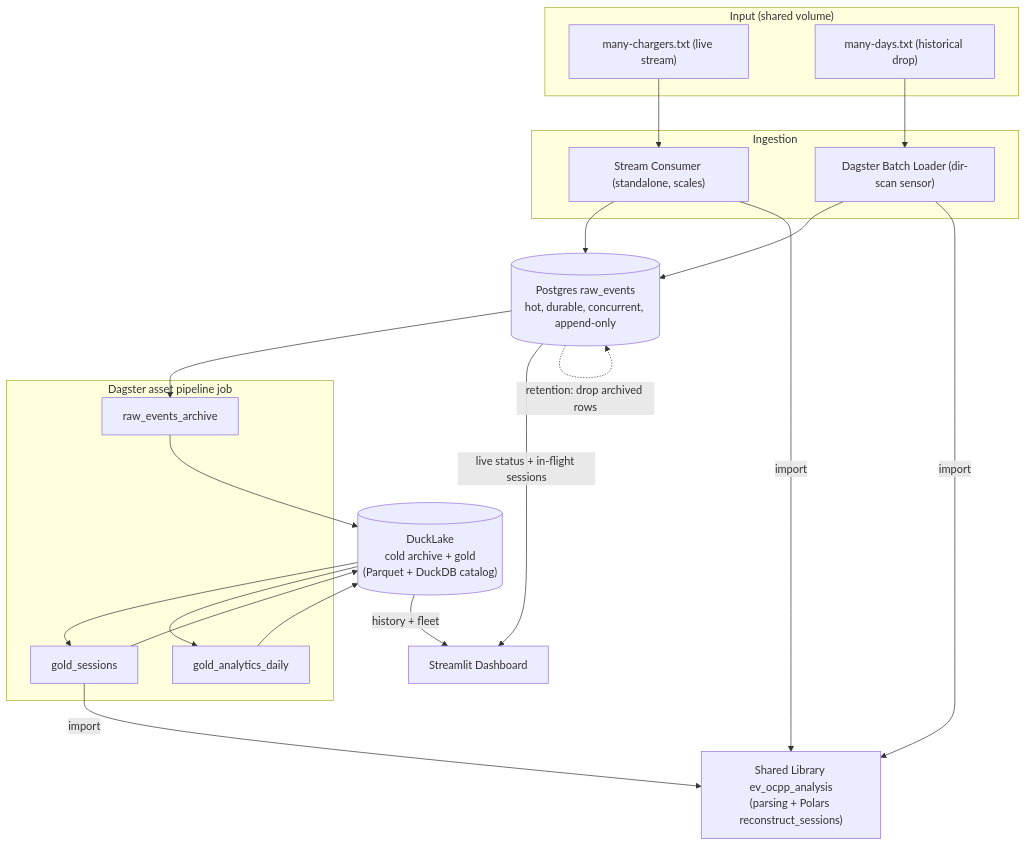
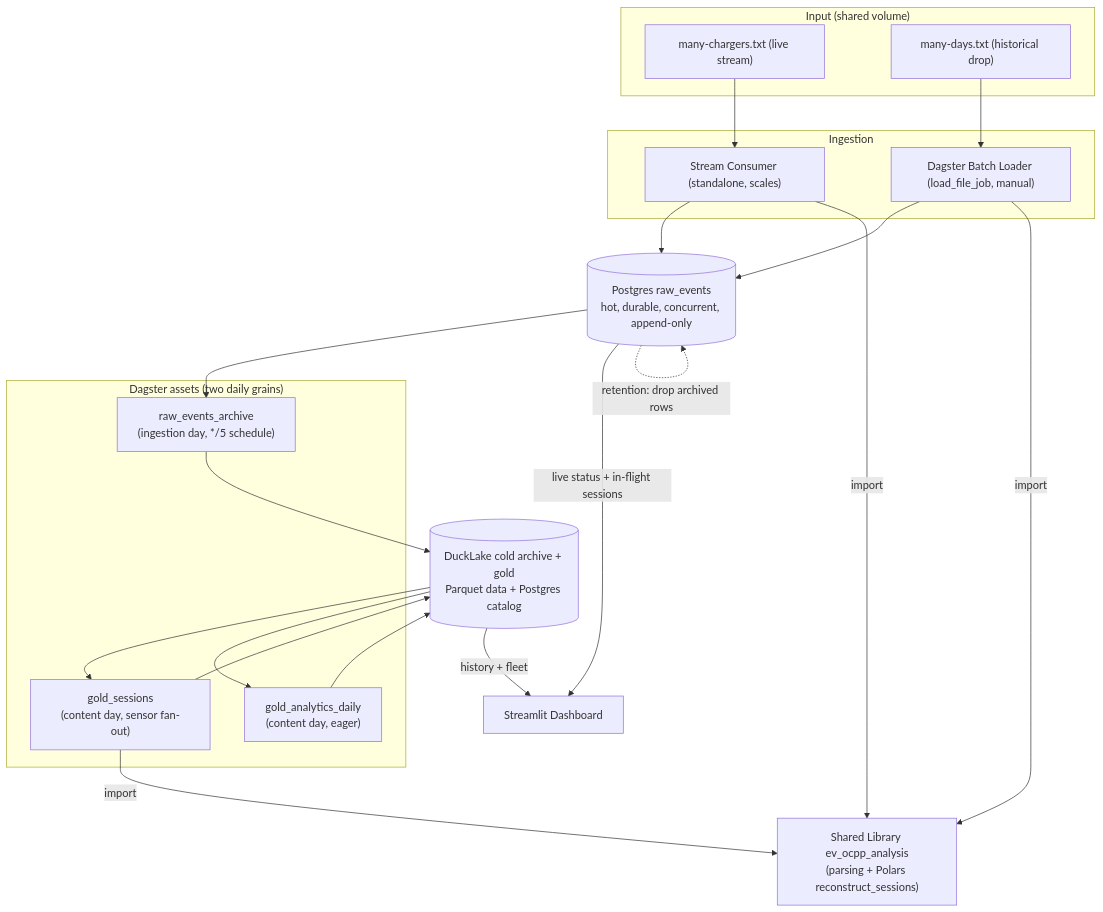
Before and after one commit to Rothenhouser/data-engineering-challenge: the diagram in docs/architecture/ocpp-ingestion-architecture.md, drawn with Mermaid. The commit also changed other lines of this file and 2 other files, not shown here.

Commit message:
docs: refresh README + architecture doc to current design (charger rename, Postgres catalog, partitioning, manual loader)

````diff
--- a/docs/architecture/ocpp-ingestion-architecture.md
+++ b/docs/architecture/ocpp-ingestion-architecture.md
@@ -13,32 +15,32 @@
 ```mermaid
 graph TD
     subgraph Sources["Input (shared volume)"]
         S1["many-chargers.txt (live stream)"]
         S2["many-days.txt (historical drop)"]
     end
     subgraph Ingestion
         STREAM["Stream Consumer (standalone, scales)"]
-        LOADER["Dagster Batch Loader (dir-scan sensor)"]
+        LOADER["Dagster Batch Loader (load_file_job, manual)"]
     end
     LIB["Shared Library ev_ocpp_analysis<br/>(parsing + Polars reconstruct_sessions)"]
     PG[("Postgres raw_events<br/>hot, durable, concurrent, append-only")]
-    subgraph Pipeline["Dagster asset pipeline job"]
-        DUMP["raw_events_archive"]
-        SESS["gold_sessions"]
-        ANALYTICS["gold_analytics_daily"]
+    subgraph Pipeline["Dagster assets (two daily grains)"]
+        DUMP["raw_events_archive<br/>(ingestion day, */5 schedule)"]
+        SESS["gold_sessions<br/>(content day, sensor fan-out)"]
+        ANALYTICS["gold_analytics_daily<br/>(content day, eager)"]
     end
-    LAKE[("DuckLake<br/>cold archive + gold<br/>(Parquet + DuckDB catalog)")]
+    LAKE[("DuckLake cold archive + gold<br/>Parquet data + Postgres catalog")]
     DASH["Streamlit Dashboard"]
 
     S1 --> STREAM --> PG
     S2 --> LOADER --> PG
     STREAM -->|import| LIB
     LOADER -->|import| LIB
     PG --> DUMP --> LAKE
     LAKE --> SESS -->|import| LIB
     SESS --> LAKE
     LAKE --> ANALYTICS --> LAKE
     LAKE -->|history + fleet| DASH
     PG -->|live status + in-flight sessions| DASH
     PG -. retention: drop archived rows .-> PG
 ```
````
